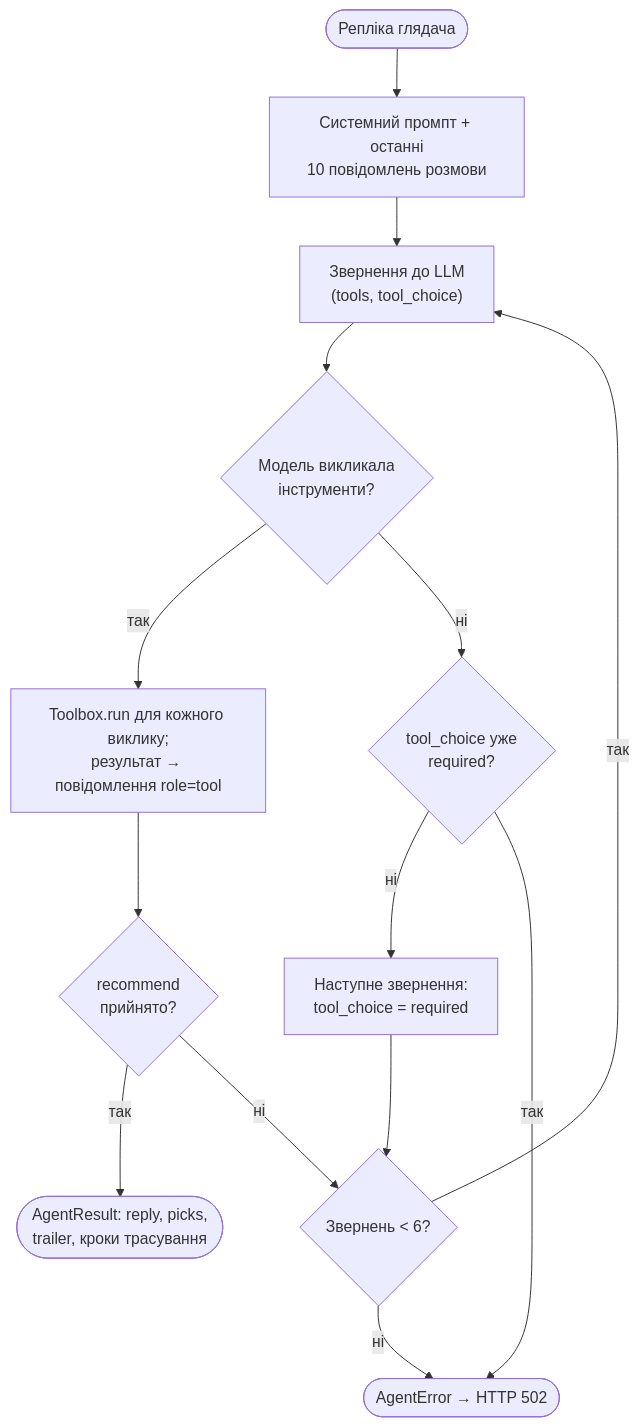
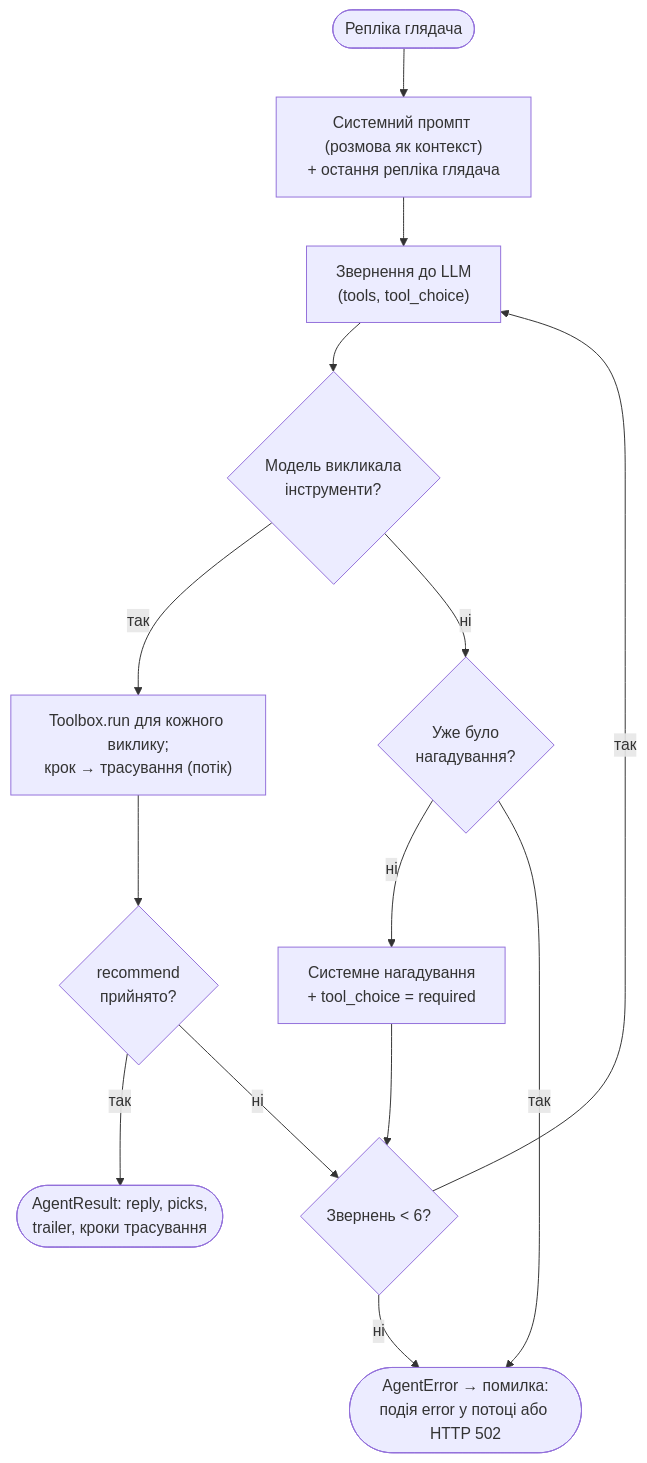
One commit to woldemarg/movie_rs changed the second of 3 diagrams in docs/03-llm-and-tool-calling.md. Above: the diagram before and after it, drawn with Mermaid. The commit also changed other lines of this file and 15 other files, not shown here.

````diff
--- a/docs/03-llm-and-tool-calling.md
+++ b/docs/03-llm-and-tool-calling.md
@@ -51,24 +60,24 @@
 ```mermaid
 flowchart TB
     start(["Репліка глядача"])
-    sys["Системний промпт + останні<br/>10 повідомлень розмови"]
+    sys["Системний промпт (розмова як контекст)<br/>+ остання репліка глядача"]
     ask["Звернення до LLM<br/>(tools, tool_choice)"]
     tc{"Модель викликала<br/>інструменти?"}
-    run["Toolbox.run для кожного виклику;<br/>результат → повідомлення role=tool"]
+    run["Toolbox.run для кожного виклику;<br/>крок → трасування (потік)"]
     ans{"recommend<br/>прийнято?"}
-    req{"tool_choice уже<br/>required?"}
-    force["Наступне звернення:<br/>tool_choice = required"]
+    req{"Уже було<br/>нагадування?"}
+    force["Системне нагадування<br/>+ tool_choice = required"]
     budget{"Звернень < 6?"}
     done(["AgentResult: reply, picks,<br/>trailer, кроки трасування"])
-    fail(["AgentError → HTTP 502"])
+    fail(["AgentError → помилка:<br/>подія error у потоці або HTTP 502"])
 
     start --> sys --> ask --> tc
     tc -- так --> run --> ans
     tc -- ні --> req
     req -- ні --> force --> budget
     req -- так --> fail
     ans -- так --> done
     ans -- ні --> budget
     budget -- так --> ask
     budget -- ні --> fail
 ```
````
